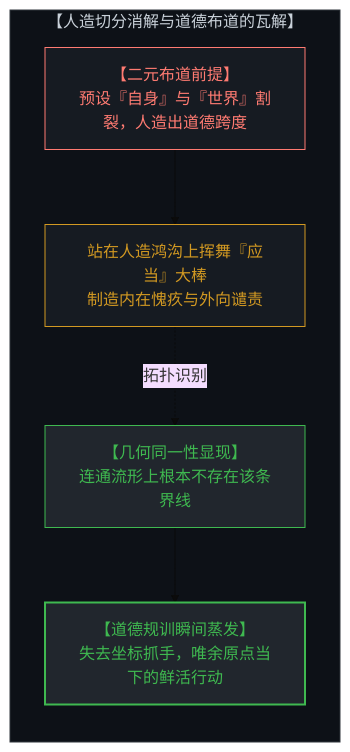
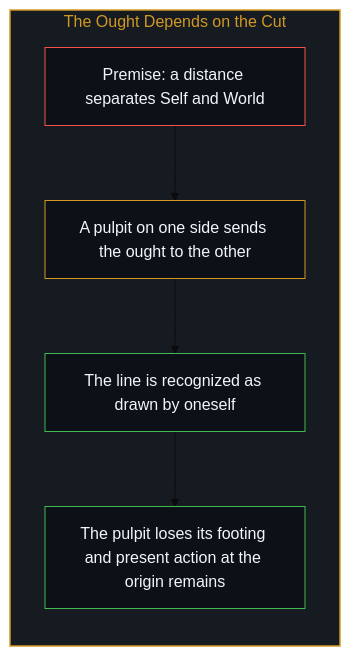
Before and after one commit to powerpig99/not-a-toe: the eighth of 12 diagrams in content/posts/the-geometry-of-the-cut.md, drawn with Mermaid (base theme). The commit also changed other lines of this file and 3 other files, not shown here.

Commit message:
Refine the-geometry-of-the-cut: alternating bilingual layout, English diagram twins, first-person framing

````diff
--- a/content/posts/the-geometry-of-the-cut.md
+++ b/content/posts/the-geometry-of-the-cut.md
@@ -174,18 +205,19 @@
 ```mermaid
-graph TD
-    subgraph LectureCollapse["【人造切分消解与道德布道的瓦解】"]
+flowchart TD
+    subgraph S_Ought["The Ought Depends on the Cut"]
         direction TB
-        DualPremise["【二元布道前提】<br>预设『自身』与『世界』割裂，人造出道德跨度"]
-        LecturingPulpit["站在人造鸿沟上挥舞『应当』大棒<br>制造内在愧疚与外向谴责"]
-        GeometricUnity["【几何同一性显现】<br>连通流形上根本不存在该条界线"]
-        PulpitVaporization["【道德规训瞬间蒸发】<br>失去坐标抓手，唯余原点当下的鲜活行动"]
-        DualPremise --> LecturingPulpit
-        LecturingPulpit -.->|拓扑识别| GeometricUnity
-        GeometricUnity --> PulpitVaporization
+        Premise["Premise: a distance separates Self and World"]
+        Pulpit["A pulpit on one side sends the ought to the other"]
+        Seen["The line is recognized as drawn by oneself"]
+        Act["The pulpit loses its footing and present action at the origin remains"]
+        Premise --> Pulpit
+        Pulpit --> Seen
+        Seen --> Act
     end
-    style LectureCollapse fill:#0d1117,stroke:#30363d,stroke-width:1px,color:#c9d1d9
-    style DualPremise fill:#161b22,stroke:#ff7b72,stroke-width:1px,color:#ff7b72
-    style LecturingPulpit fill:#161b22,stroke:#d29922,stroke-width:1px,color:#d29922
-    style GeometricUnity fill:#21262d,stroke:#3fb950,color:#3fb950
-    style PulpitVaporization fill:#21262d,stroke:#3fb950,stroke-width:2px,color:#3fb950
+
+    style S_Ought fill:#161b22,stroke:#d29922,stroke-width:1.5px,color:#d29922
+    style Premise fill:#0d1117,stroke:#f85149,stroke-width:1px,color:#f0f6fc
+    style Pulpit fill:#0d1117,stroke:#d29922,stroke-width:1px,color:#f0f6fc
+    style Seen fill:#0d1117,stroke:#3fb950,stroke-width:1px,color:#f0f6fc
+    style Act fill:#0d1117,stroke:#3fb950,stroke-width:1px,color:#f0f6fc
 ```
````
